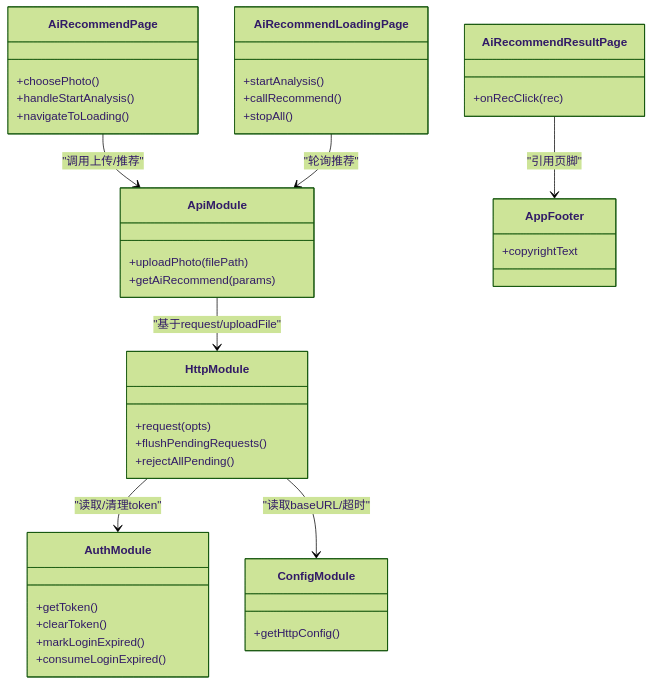
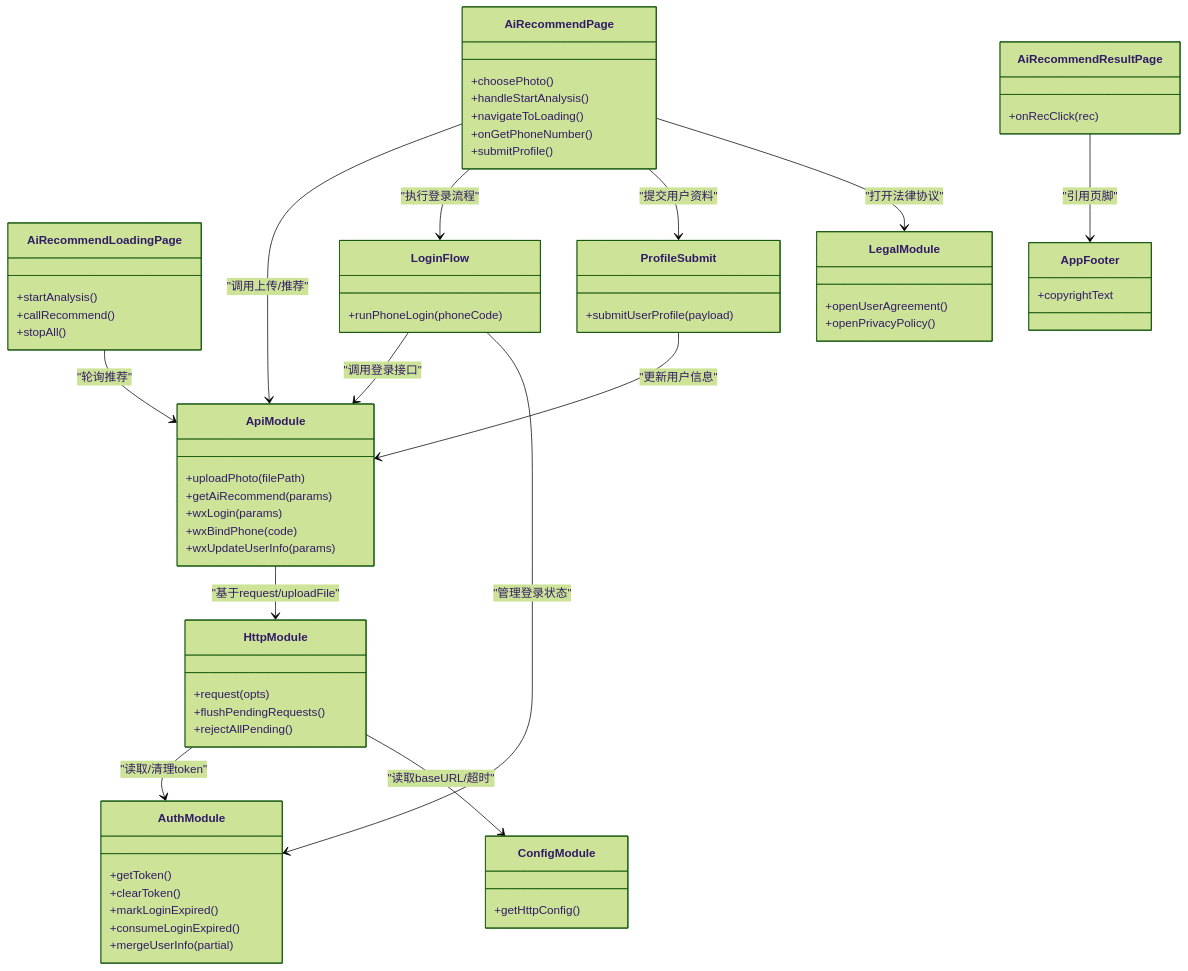
Before and after one commit to crazyma99/blueberry: the third of 3 diagrams in .qoder/repowiki/zh/content/核心功能模块/AI服装推荐功能.md, drawn with Mermaid (forest theme). The commit also changed other lines of this file and 6 other files, not shown here.

````diff
--- a/.qoder/repowiki/zh/content/核心功能模块/AI服装推荐功能.md
+++ b/.qoder/repowiki/zh/content/核心功能模块/AI服装推荐功能.md
@@ -239,43 +342,65 @@
 ```mermaid
 classDiagram
 class AiRecommendPage {
 +choosePhoto()
 +handleStartAnalysis()
 +navigateToLoading()
++onGetPhoneNumber()
++submitProfile()
 }
 class AiRecommendLoadingPage {
 +startAnalysis()
 +callRecommend()
 +stopAll()
 }
 class AiRecommendResultPage {
 +onRecClick(rec)
 }
+class LoginFlow {
++runPhoneLogin(phoneCode)
+}
+class ProfileSubmit {
++submitUserProfile(payload)
+}
 class ApiModule {
 +uploadPhoto(filePath)
 +getAiRecommend(params)
++wxLogin(params)
++wxBindPhone(code)
++wxUpdateUserInfo(params)
 }
 class HttpModule {
 +request(opts)
 +flushPendingRequests()
 +rejectAllPending()
 }
 class AuthModule {
 +getToken()
 +clearToken()
 +markLoginExpired()
 +consumeLoginExpired()
++mergeUserInfo(partial)
 }
 class ConfigModule {
 +getHttpConfig()
+}
+class LegalModule {
++openUserAgreement()
++openPrivacyPolicy()
 }
 class AppFooter {
 +copyrightText
 }
 AiRecommendPage --> ApiModule : "调用上传/推荐"
+AiRecommendPage --> LoginFlow : "执行登录流程"
+AiRecommendPage --> ProfileSubmit : "提交用户资料"
+AiRecommendPage --> LegalModule : "打开法律协议"
 AiRecommendLoadingPage --> ApiModule : "轮询推荐"
 AiRecommendResultPage --> AppFooter : "引用页脚"
+LoginFlow --> ApiModule : "调用登录接口"
+LoginFlow --> AuthModule : "管理登录状态"
+ProfileSubmit --> ApiModule : "更新用户信息"
 ApiModule --> HttpModule : "基于request/uploadFile"
 HttpModule --> AuthModule : "读取/清理token"
 HttpModule --> ConfigModule : "读取baseURL/超时"
 ```
````
